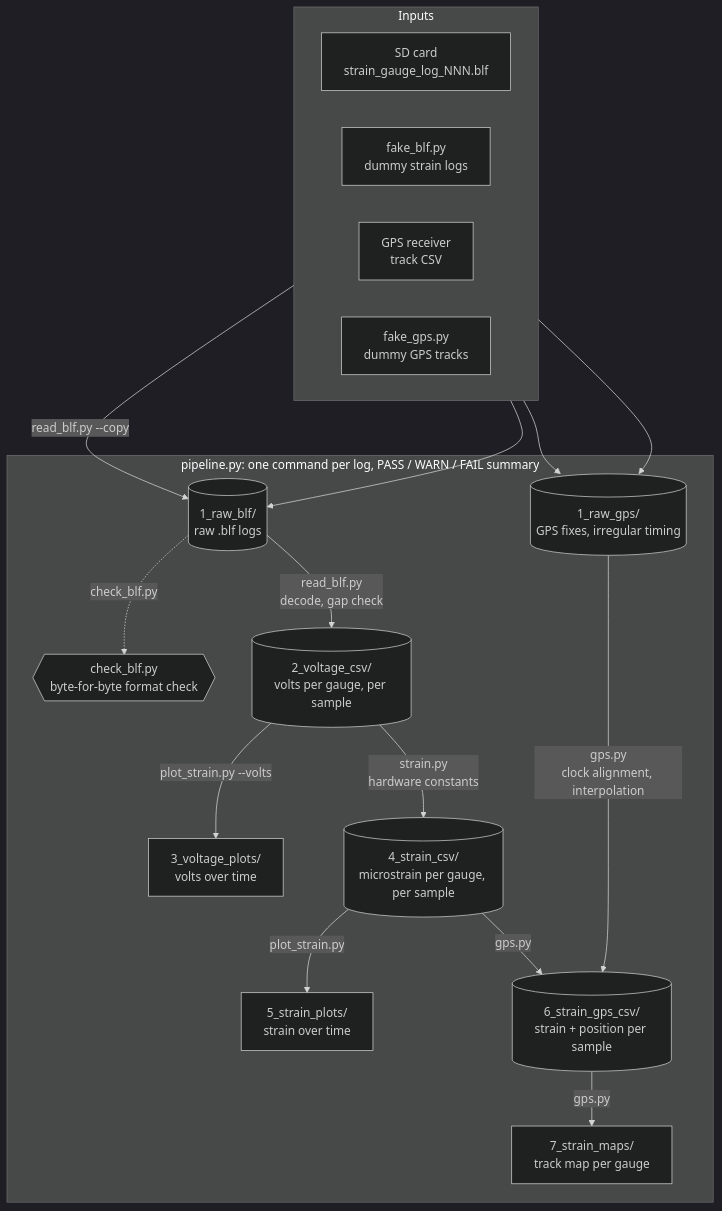
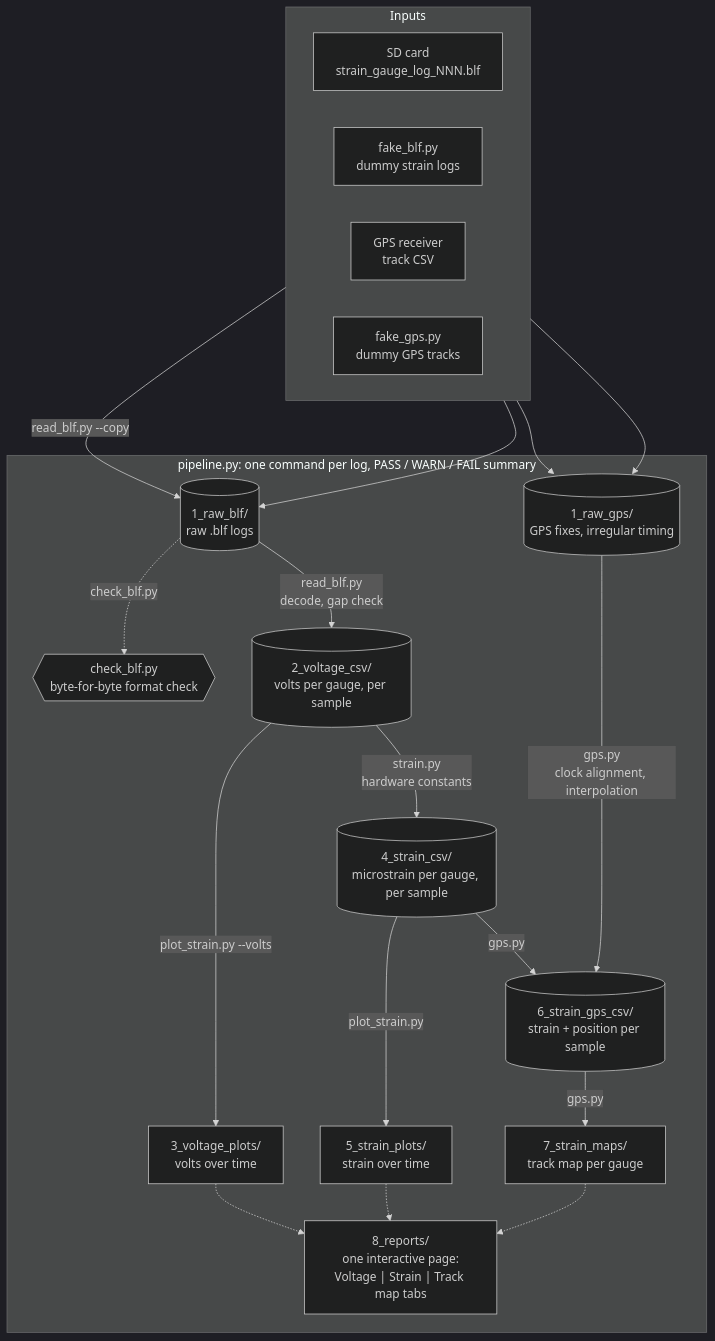
The diagram in Projects/nms-electronics-249-strain-gauge-logging/components/strain-gauge-logger/strain_analysis/readme.md (ottoslade/NMS-Strain-Gauge), drawn with Mermaid (dark theme) before and after one commit. The commit also changed other lines of this file and 6 other files, not shown here.

````diff
--- a/Projects/nms-electronics-249-strain-gauge-logging/components/strain-gauge-logger/strain_analysis/readme.md
+++ b/Projects/nms-electronics-249-strain-gauge-logging/components/strain-gauge-logger/strain_analysis/readme.md
@@ -5,36 +5,40 @@
 ```mermaid
 flowchart TD
     subgraph sources["Inputs"]
         direction LR
         SD["SD card<br/>strain_gauge_log_NNN.blf"]
         FB["fake_blf.py<br/>dummy strain logs"]
         RX["GPS receiver<br/>track CSV"]
         FG["fake_gps.py<br/>dummy GPS tracks"]
     end
 
     SD -- "read_blf.py --copy" --> RAW
     FB --> RAW
     RX --> RGPS
     FG --> RGPS
 
     subgraph pipeline["pipeline.py: one command per log, PASS / WARN / FAIL summary"]
         RAW[("1_raw_blf/<br/>raw .blf logs")]
         RGPS[("1_raw_gps/<br/>GPS fixes, irregular timing")]
         CHK{{"check_blf.py<br/>byte-for-byte format check"}}
         VCSV[("2_voltage_csv/<br/>volts per gauge, per sample")]
         VPLOT["3_voltage_plots/<br/>volts over time"]
         SCSV[("4_strain_csv/<br/>microstrain per gauge, per sample")]
         SPLOT["5_strain_plots/<br/>strain over time"]
         GCSV[("6_strain_gps_csv/<br/>strain + position per sample")]
         MAP["7_strain_maps/<br/>track map per gauge"]
+        REP["8_reports/<br/>one interactive page:<br/>Voltage | Strain | Track map tabs"]
 
         RAW -. "check_blf.py" .-> CHK
         RAW -- "read_blf.py<br/>decode, gap check" --> VCSV
         VCSV -- "plot_strain.py --volts" --> VPLOT
         VCSV -- "strain.py<br/>hardware constants" --> SCSV
         SCSV -- "plot_strain.py" --> SPLOT
         SCSV -- "gps.py" --> GCSV
         RGPS -- "gps.py<br/>clock alignment, interpolation" --> GCSV
         GCSV -- "gps.py" --> MAP
+        VPLOT -.-> REP
+        SPLOT -.-> REP
+        MAP -.-> REP
     end
 ```
````
